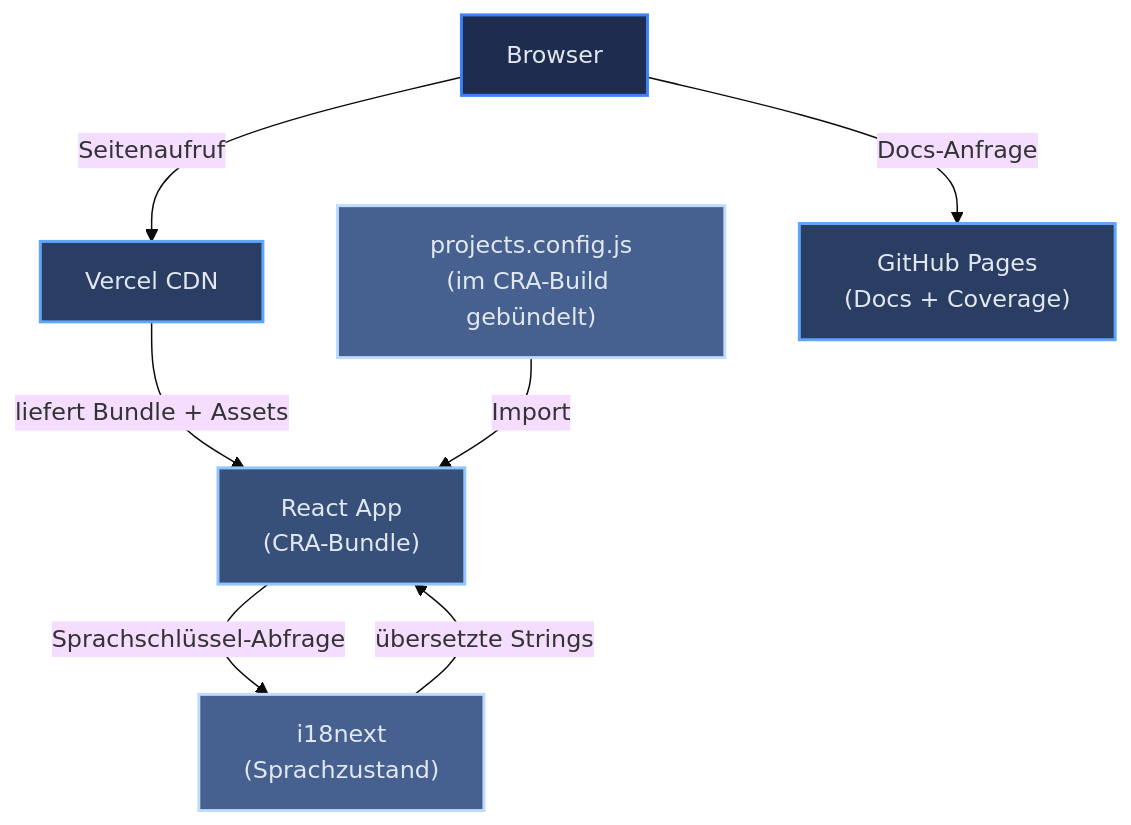
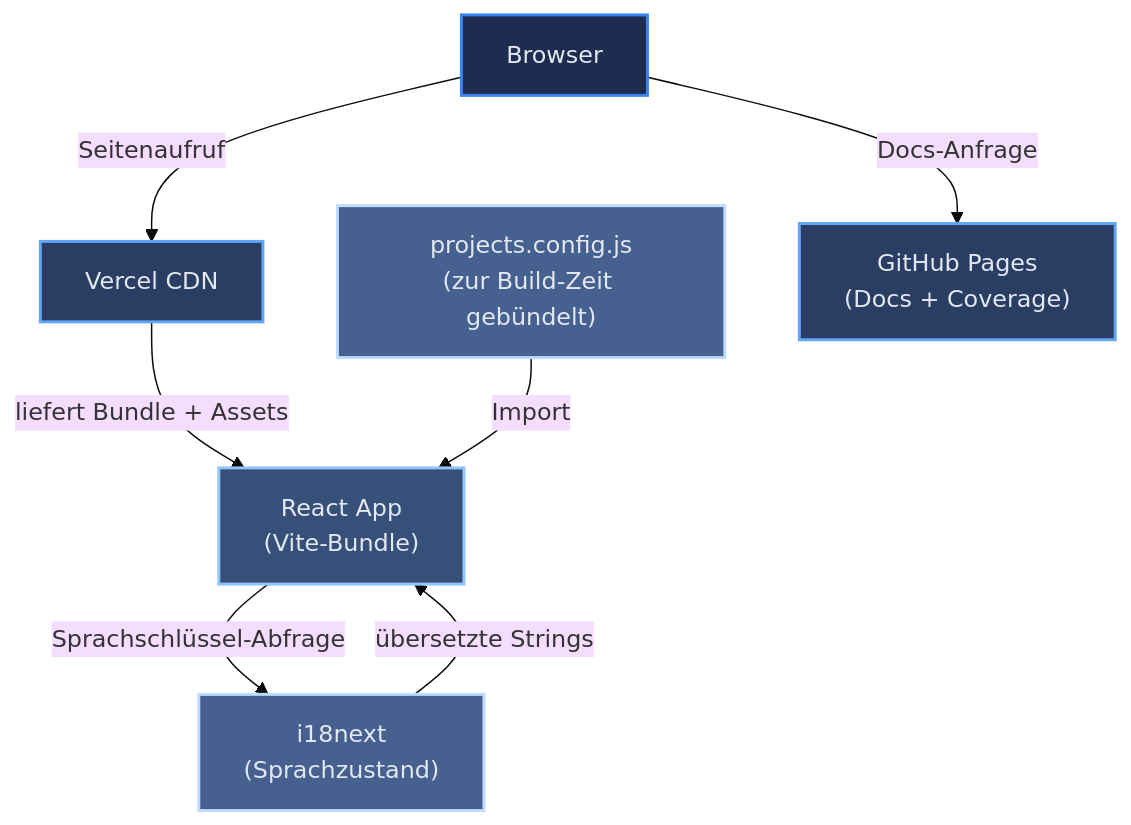
One commit to Keglev/my-portfolio changed the diagram in docs/architecture/01-introduction-and-goals.de.md. Above: the diagram before and after it, drawn with Mermaid (base theme). The commit also changed other lines of this file and 16 other files, not shown here.

````diff
--- a/docs/architecture/01-introduction-and-goals.de.md
+++ b/docs/architecture/01-introduction-and-goals.de.md
@@ -36,26 +37,26 @@
 ```mermaid
 graph TD
     Browser["Browser"]
     Vercel["Vercel CDN"]
-    ReactApp["React App\n(CRA-Bundle)"]
+    ReactApp["React App\n(Vite-Bundle)"]
     i18next["i18next\n(Sprachzustand)"]
-    ProjectsConfig["projects.config.js\n(im CRA-Build gebündelt)"]
+    ProjectsConfig["projects.config.js\n(zur Build-Zeit gebündelt)"]
     GHPages["GitHub Pages\n(Docs + Coverage)"]
 
     Browser -->|"Seitenaufruf"| Vercel
     Browser -->|"Docs-Anfrage"| GHPages
     Vercel -->|"liefert Bundle + Assets"| ReactApp
     ReactApp -->|"Sprachschlüssel-Abfrage"| i18next
     i18next -->|"übersetzte Strings"| ReactApp
     ProjectsConfig -->|"Import"| ReactApp
 
     class Browser l1
     class Vercel,GHPages l2
     class ReactApp l3
     class i18next,ProjectsConfig l4
 
     classDef l1 fill:#1e2d4f,stroke:#3B82F6,stroke-width:2px,color:#E2E8F0
     classDef l2 fill:#2a3d62,stroke:#60A5FA,stroke-width:2px,color:#E2E8F0
     classDef l3 fill:#37507a,stroke:#93C5FD,stroke-width:2px,color:#E2E8F0
     classDef l4 fill:#466090,stroke:#BFDBFE,stroke-width:2px,color:#E2E8F0
 ```
````
